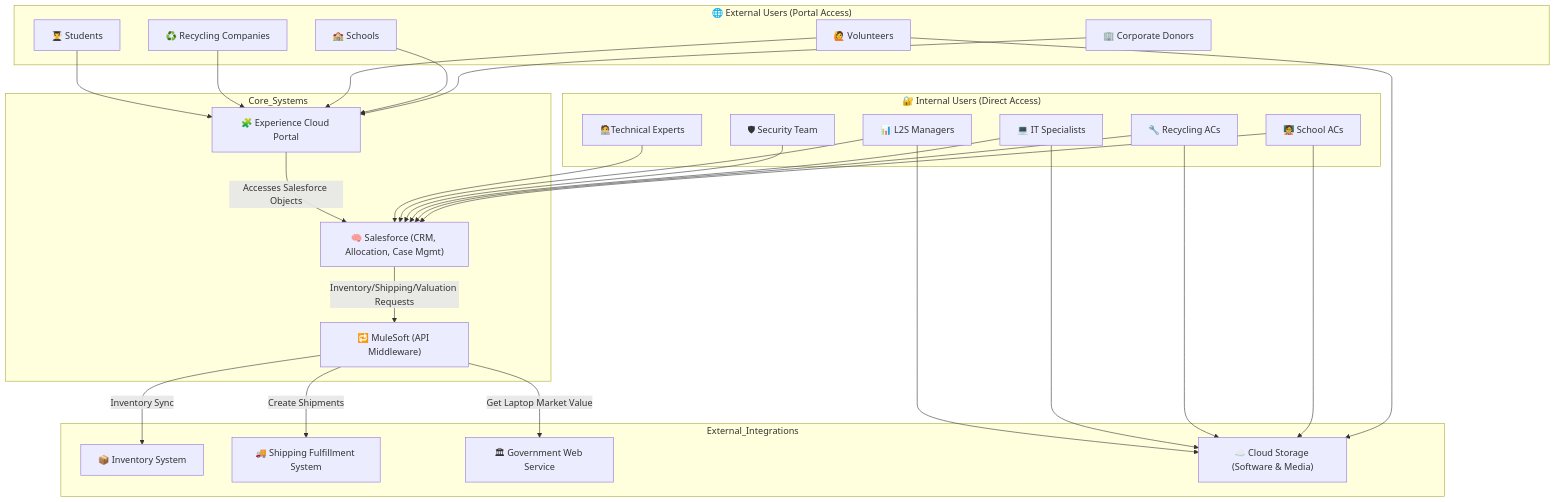
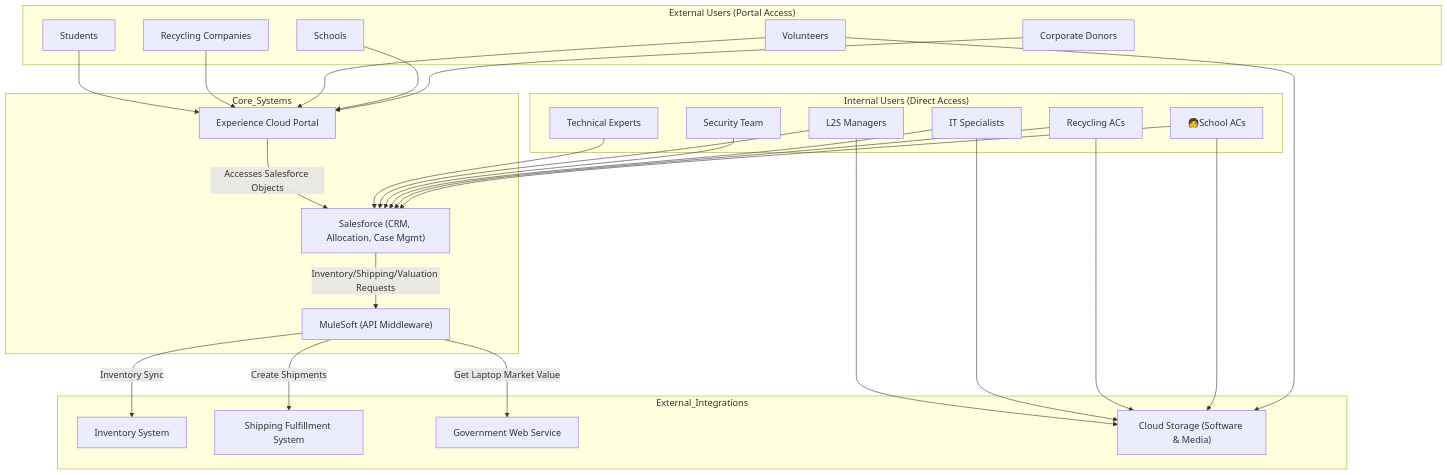
Before and after one commit to matthew-zolp/Laptops2Schools: the diagram in L2S_Future_System_Landscape.md, drawn with Mermaid. The commit also changed other lines of this file, not shown here.

````diff
--- a/L2S_Future_System_Landscape.md
+++ b/L2S_Future_System_Landscape.md
@@ -2,64 +1,64 @@
 ```mermaid
 flowchart TD
   %% External Systems
   subgraph External_Integrations
-    InventorySystem["📦 Inventory System"]
-    ShippingSystem["🚚 Shipping Fulfillment System"]
-    GovWebService["🏛 Government Web Service"]
-    CloudStorageSystem["☁️ Cloud Storage (Software & Media)"]
+    InventorySystem["Inventory System"]
+    ShippingSystem["Shipping Fulfillment System"]
+    GovWebService["Government Web Service"]
+    CloudStorageSystem["Cloud Storage (Software & Media)"]
   end
 
   %% Core Platform
   subgraph Core_Systems
-    ExperienceCloud["🧩 Experience Cloud Portal"]
-    Salesforce["🧠 Salesforce (CRM, Allocation, Case Mgmt)"]
-    MuleSoft["🔁 MuleSoft (API Middleware)"]
+    ExperienceCloud["Experience Cloud Portal"]
+    Salesforce["Salesforce (CRM, Allocation, Case Mgmt)"]
+    MuleSoft["MuleSoft (API Middleware)"]
   end
 
   %% Users
-  subgraph External_Users["🌐 External Users (Portal Access)"]
-    Corporation["🏢 Corporate Donors"]
-    SchoolUsers["🏫 Schools"]
-    Volunteers["🙋 Volunteers"]
-    RecyclingCompanies["♻️ Recycling Companies"]
-    Students["👨‍🎓 Students"]
+  subgraph External_Users["External Users (Portal Access)"]
+    Corporation["Corporate Donors"]
+    SchoolUsers["Schools"]
+    Volunteers["Volunteers"]
+    RecyclingCompanies["Recycling Companies"]
+    Students["Students"]
   end
 
-  subgraph Internal_Users["🔐 Internal Users (Direct Access)"]
-    SchoolACs["🧑‍🏫 School ACs"]
-    RecyclingACs["🔧 Recycling ACs"]
-    ITSpecialists["💻 IT Specialists"]
-    SecurityTeam["🛡 Security Team"]
-    Managers["📊 L2S Managers"]
-    TechnicalExperts["🧑‍💻Technical Experts"]
+  subgraph Internal_Users["Internal Users (Direct Access)"]
+    SchoolACs["🧑School ACs"]
+    RecyclingACs["Recycling ACs"]
+    ITSpecialists["IT Specialists"]
+    SecurityTeam["Security Team"]
+    Managers["L2S Managers"]
+    TechnicalExperts["Technical Experts"]
   end
 
   %% Access Patterns
   Corporation --> ExperienceCloud
   SchoolUsers --> ExperienceCloud
   Volunteers --> ExperienceCloud
   RecyclingCompanies --> ExperienceCloud
   Students --> ExperienceCloud
 
   Volunteers --> CloudStorageSystem
   SchoolACs --> CloudStorageSystem
   RecyclingACs --> CloudStorageSystem
   ITSpecialists --> CloudStorageSystem
   Managers --> CloudStorageSystem
 
   SchoolACs --> Salesforce
   RecyclingACs --> Salesforce
   ITSpecialists --> Salesforce
   SecurityTeam --> Salesforce
   Managers --> Salesforce
   TechnicalExperts --> Salesforce
 
   ExperienceCloud -->|Accesses Salesforce Objects| Salesforce
 
   %% Integration Orchestration
   Salesforce -->|Inventory/Shipping/Valuation Requests| MuleSoft
   MuleSoft -->|Inventory Sync| InventorySystem
   MuleSoft -->|Create Shipments| ShippingSystem
   MuleSoft -->|Get Laptop Market Value| GovWebService
 
 ```
````
